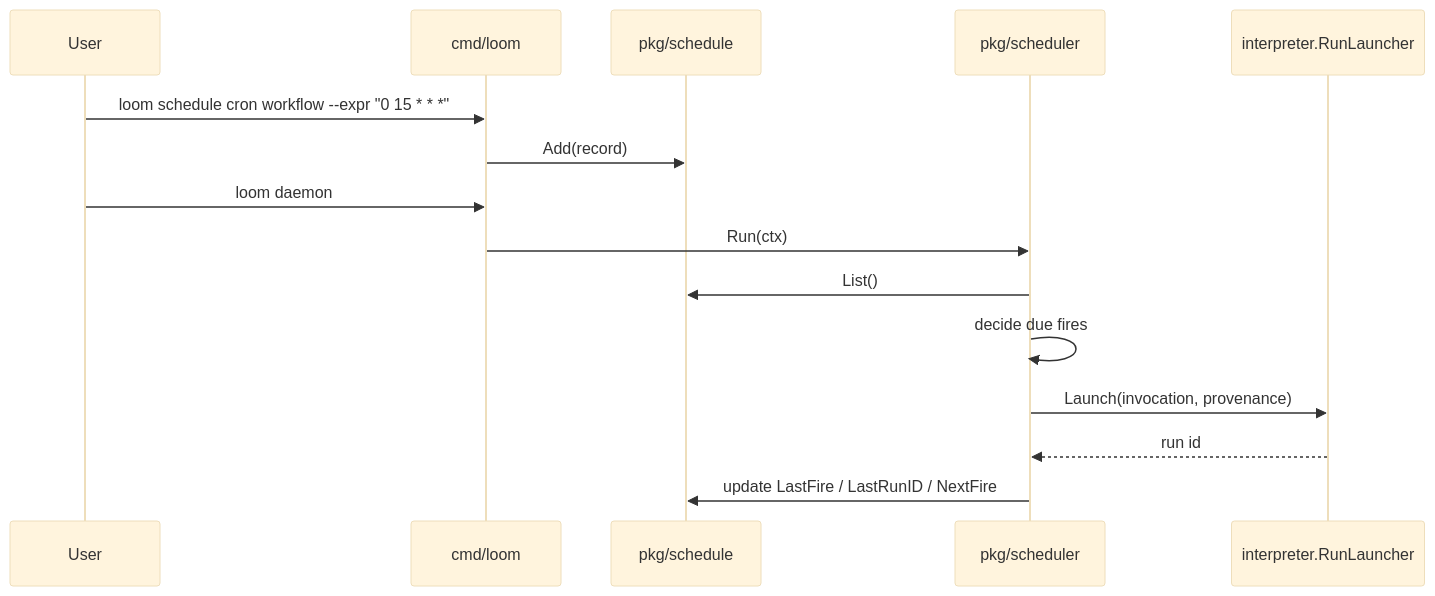
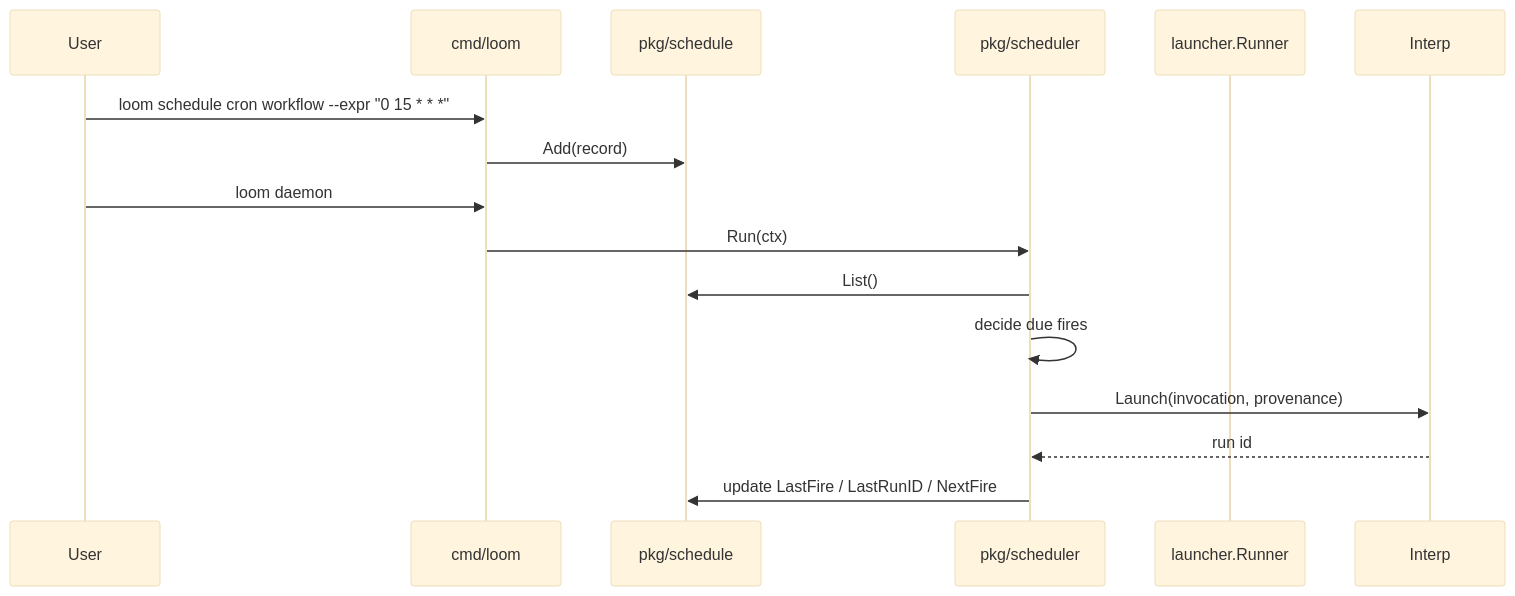
The fourth of 4 diagrams in docs/cmd-loom-implementation.md (mcuste/loom), drawn with Mermaid (base theme) before and after one commit. The commit also changed other lines of this file and 12 other files, not shown here.

First line of the commit message:
[launcher] share workflow launch setup

````diff
--- a/docs/cmd-loom-implementation.md
+++ b/docs/cmd-loom-implementation.md
@@ -386,18 +388,18 @@
 ```mermaid
 sequenceDiagram
   participant User
   participant CLI as cmd/loom
   participant Sched as pkg/schedule
   participant Daemon as pkg/scheduler
-  participant Interp as interpreter.RunLauncher
+  participant Launch as launcher.Runner
 
   User->>CLI: loom schedule cron workflow --expr "0 15 * * *"
   CLI->>Sched: Add(record)
   User->>CLI: loom daemon
   CLI->>Daemon: Run(ctx)
   Daemon->>Sched: List()
   Daemon->>Daemon: decide due fires
   Daemon->>Interp: Launch(invocation, provenance)
   Interp-->>Daemon: run id
   Daemon->>Sched: update LastFire / LastRunID / NextFire
 ```
````
